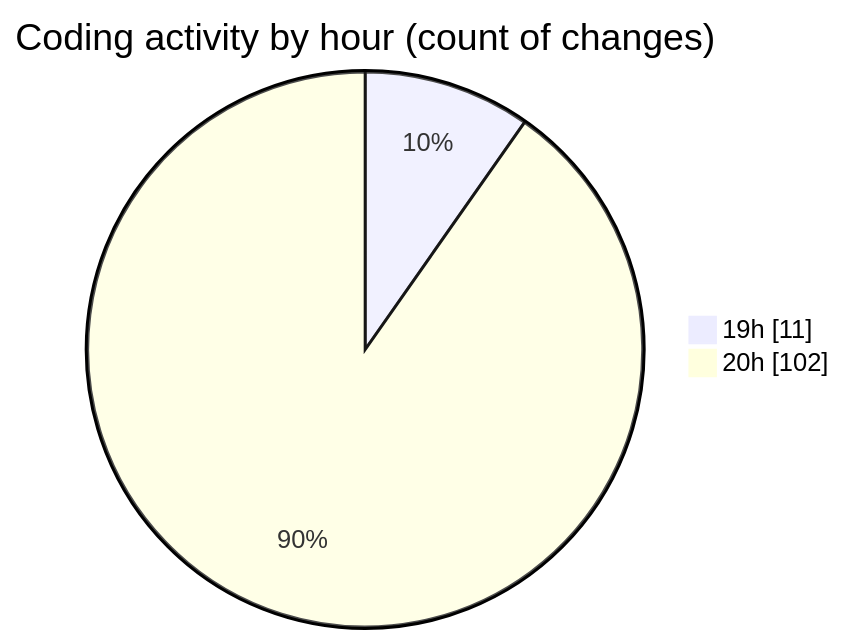
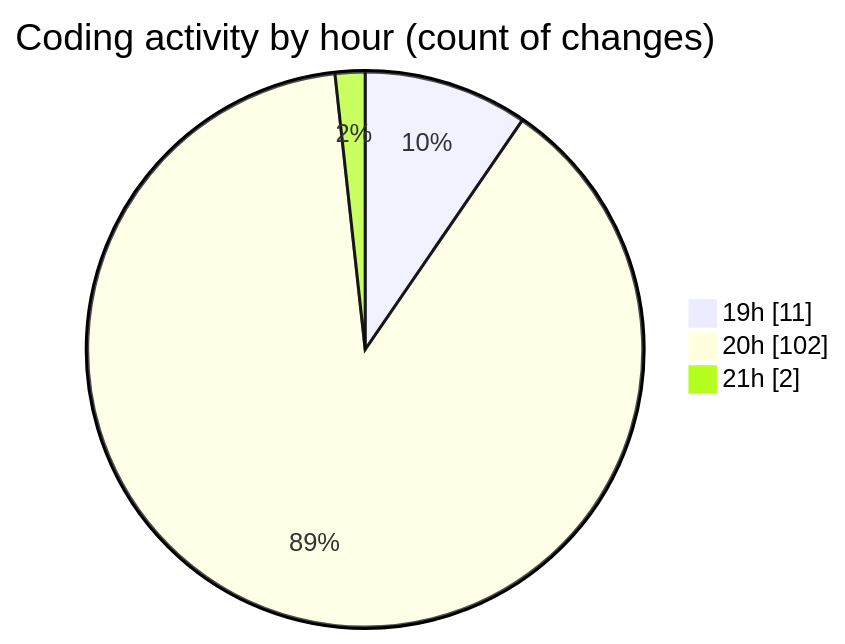
One commit to Netris89/code-tracking changed the second of 2 diagrams in 2025-04-03/back-end/README.md. Above: the diagram before and after it, drawn with Mermaid. The commit also changed other lines of this file and 1 other file, not shown here.

````diff
--- a/2025-04-03/back-end/README.md
+++ b/2025-04-03/back-end/README.md
@@ -70,6 +70,7 @@
 ```mermaid
 pie showData
 title Coding activity by hour (count of changes)
 "19h" : 11
 "20h" : 102
+"21h" : 2
 ```
````
